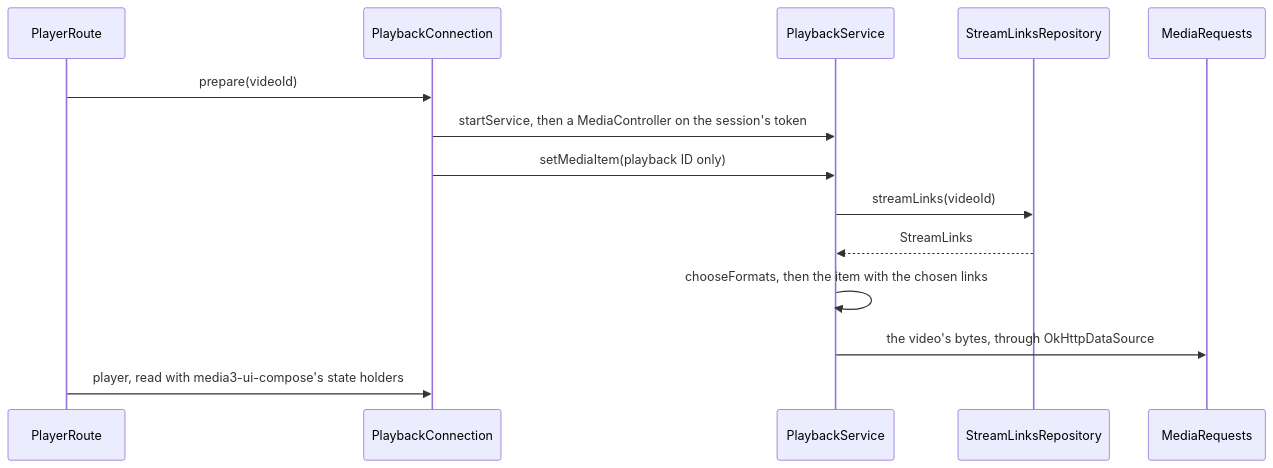
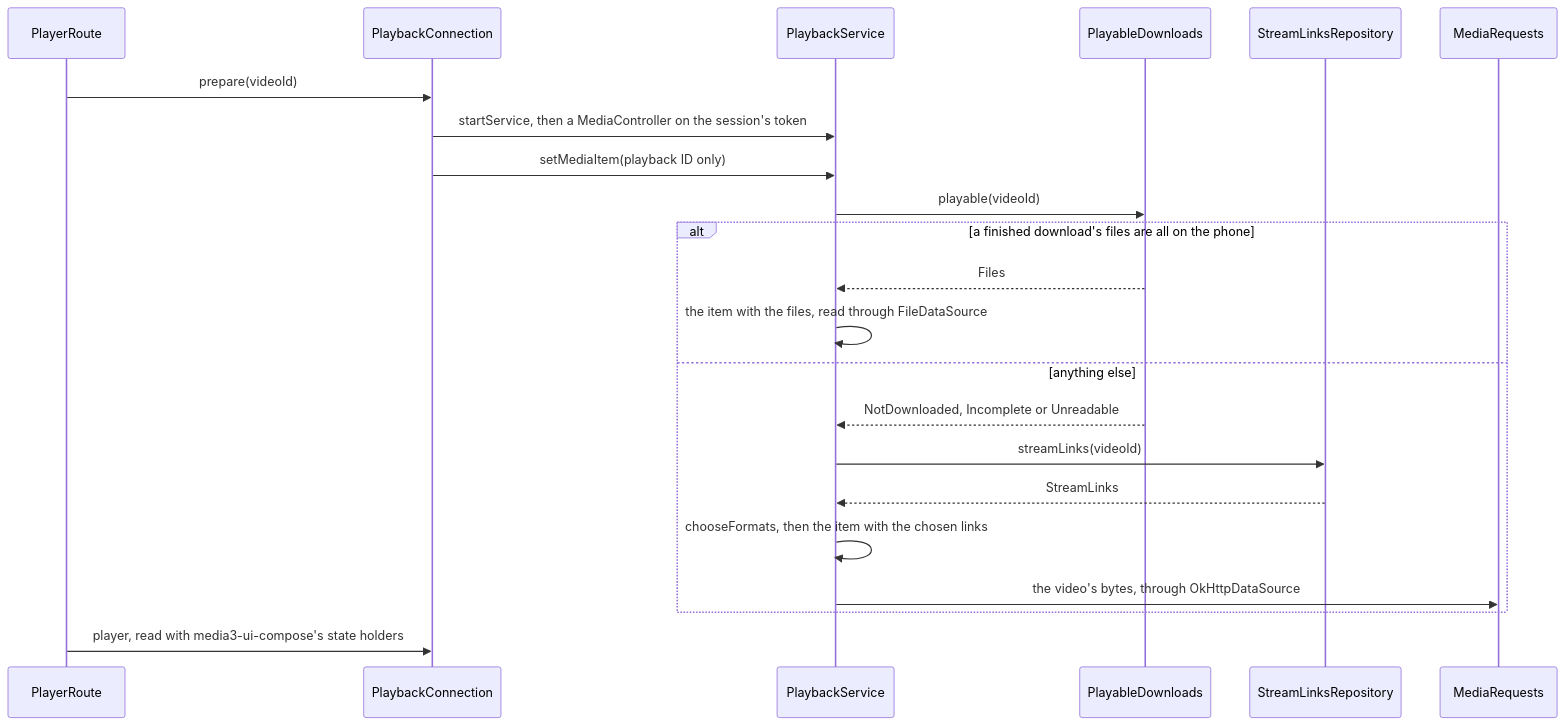
Before and after one commit to dewfallapp/dewfall: the fourth of 7 diagrams in docs/architecture.md, drawn with Mermaid. The commit also changed other lines of this file and 1 other file, not shown here.

First line of the commit message:
docs: describe playing downloaded files

````diff
--- a/docs/architecture.md
+++ b/docs/architecture.md
@@ -973,16 +974,24 @@
 ```mermaid
 sequenceDiagram
     participant Route as PlayerRoute
     participant Conn as PlaybackConnection
     participant Svc as PlaybackService
+    participant PD as PlayableDownloads
     participant Repo as StreamLinksRepository
     participant MR as MediaRequests
     Route->>Conn: prepare(videoId)
     Conn->>Svc: startService, then a MediaController on the session's token
     Conn->>Svc: setMediaItem(playback ID only)
-    Svc->>Repo: streamLinks(videoId)
-    Repo-->>Svc: StreamLinks
-    Svc->>Svc: chooseFormats, then the item with the chosen links
-    Svc->>MR: the video's bytes, through OkHttpDataSource
+    Svc->>PD: playable(videoId)
+    alt a finished download's files are all on the phone
+        PD-->>Svc: Files
+        Svc->>Svc: the item with the files, read through FileDataSource
+    else anything else
+        PD-->>Svc: NotDownloaded, Incomplete or Unreadable
+        Svc->>Repo: streamLinks(videoId)
+        Repo-->>Svc: StreamLinks
+        Svc->>Svc: chooseFormats, then the item with the chosen links
+        Svc->>MR: the video's bytes, through OkHttpDataSource
+    end
     Route->>Conn: player, read with media3-ui-compose's state holders
 ```
````
